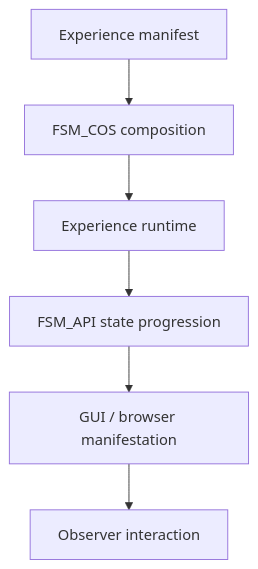
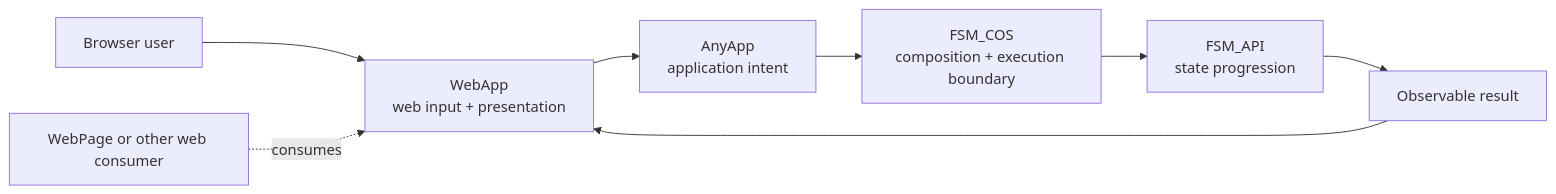
One commit to TrentBest/TheSingularityWorkshop.WebApp changed the diagram in README.md. Above: the diagram before and after it, drawn with Mermaid. The commit also changed other lines of this file, not shown here.

Commit message:
docs: define WebApp as AnyApp for the web

````diff
--- a/README.md
+++ b/README.md
@@ -10,8 +9,10 @@
 ```mermaid
-flowchart TD
-  M[Experience manifest] --> C[FSM_COS composition]
-  C --> E[Experience runtime]
-  E --> F[FSM_API state progression]
-  F --> G[GUI / browser manifestation]
-  G --> O[Observer interaction]
+flowchart LR
+  U[Browser user] --> W[WebApp<br/>web input + presentation]
+  W --> A[AnyApp<br/>application intent]
+  A --> C[FSM_COS<br/>composition + execution boundary]
+  C --> F[FSM_API<br/>state progression]
+  F --> V[Observable result]
+  V --> W
+  P[WebPage or other web consumer] -. consumes .-> W
 ```
````
